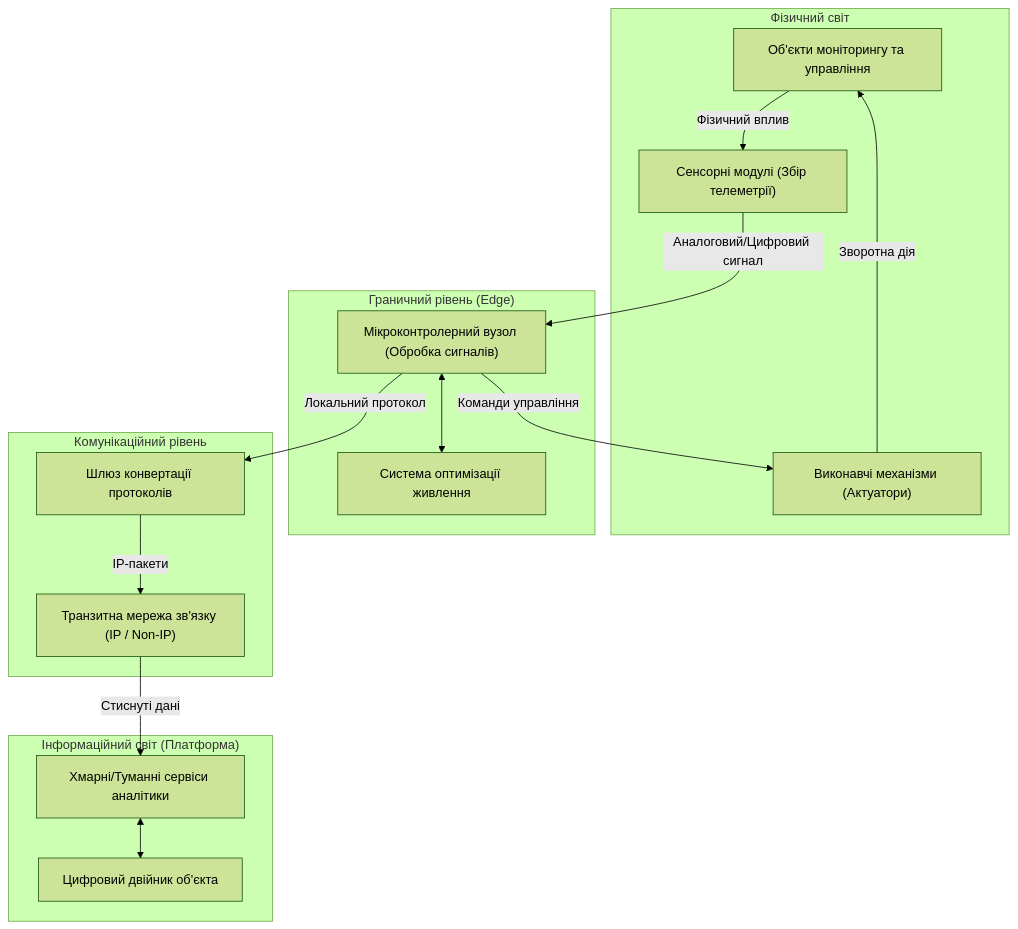
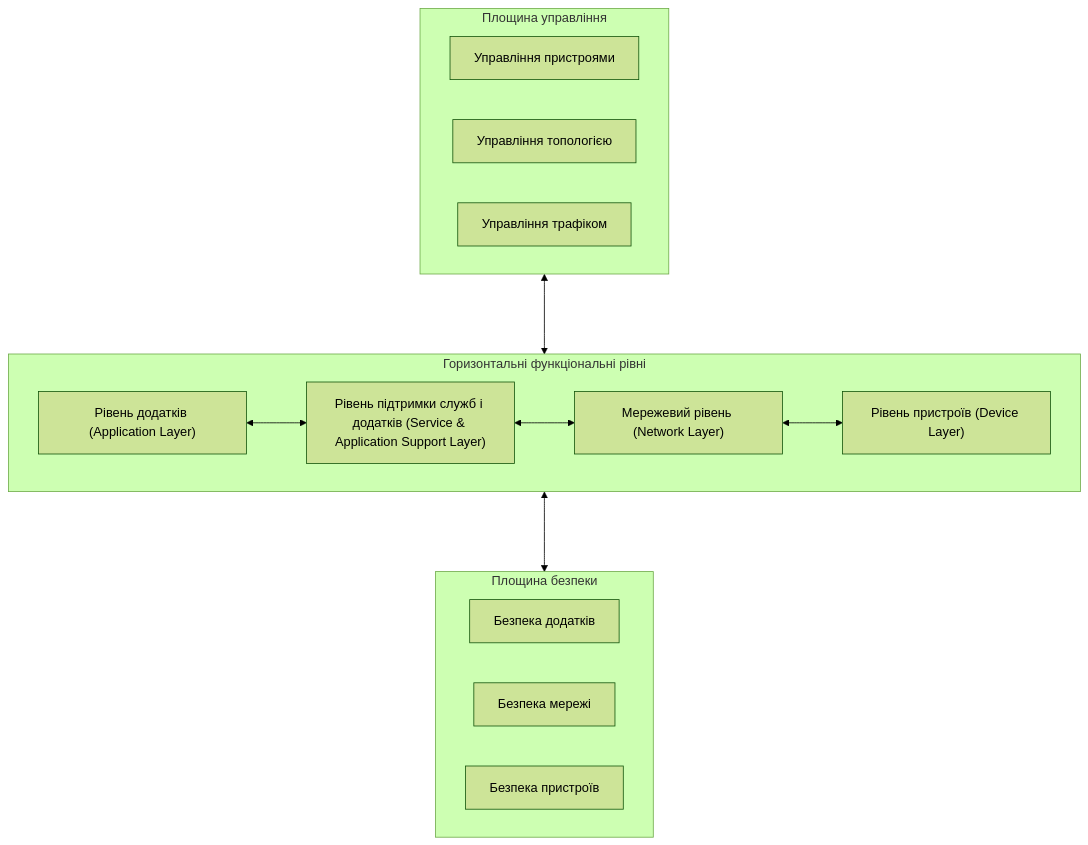
One commit to KyryloVadurin/iot-technologies changed the second of 4 diagrams in docs/lk/lk1.md. Above: the diagram before and after it, drawn with Mermaid (forest theme). The commit also changed other lines of this file, not shown here.

````diff
--- a/docs/lk/lk1.md
+++ b/docs/lk/lk1.md
@@ -19,33 +108,28 @@
 ```mermaid
 flowchart TD
-    subgraph PhysicalWorld["Фізичний світ"]
-        PO["Об'єкти моніторингу та управління"]
-        Sensors["Сенсорні модулі (Збір телеметрії)"]
-        Actuators["Виконавчі механізми (Актуатори)"]
+    subgraph VertMgmt["Площина управління"]
+        M1["Управління пристроями"]
+        M2["Управління топологією"]
+        M3["Управління трафіком"]
     end
 
-    subgraph EdgeLevel["Граничний рівень (Edge)"]
-        MCU["Мікроконтролерний вузол (Обробка сигналів)"]
-        PowerMgmt["Система оптимізації живлення"]
+    subgraph HorizLayers["Горизонтальні функціональні рівні"]
+        AL["Рівень додатків (Application Layer)"]
+        SL["Рівень підтримки служб і додатків (Service & Application Support Layer)"]
+        NL["Мережевий рівень (Network Layer)"]
+        DL["Рівень пристроїв (Device Layer)"]
     end
 
-    subgraph CommsLevel["Комунікаційний рівень"]
-        Gateway["Шлюз конвертації протоколів"]
-        Network["Транзитна мережа зв'язку (IP / Non-IP)"]
+    subgraph VertSec["Площина безпеки"]
+        S1["Безпека додатків"]
+        S2["Безпека мережі"]
+        S3["Безпека пристроїв"]
     end
 
-    subgraph CyberWorld["Інформаційний світ (Платформа)"]
-        Analytics["Хмарні/Туманні сервіси аналітики"]
-        DigitalTwin["Цифровий двійник об'єкта"]
-    end
+    AL <--> SL
+    SL <--> NL
+    NL <--> DL
 
-    PO -->|Фізичний вплив| Sensors
-    Sensors -->|Аналоговий/Цифровий сигнал| MCU
-    MCU -->|Команди управління| Actuators
-    Actuators -->|Зворотна дія| PO
-    MCU <--> PowerMgmt
-    MCU -->|Локальний протокол| Gateway
-    Gateway -->|IP-пакети| Network
-    Network -->|Стиснуті дані| Analytics
-    Analytics <--> DigitalTwin
+    VertMgmt <---> HorizLayers
+    HorizLayers <---> VertSec
 ```
````
